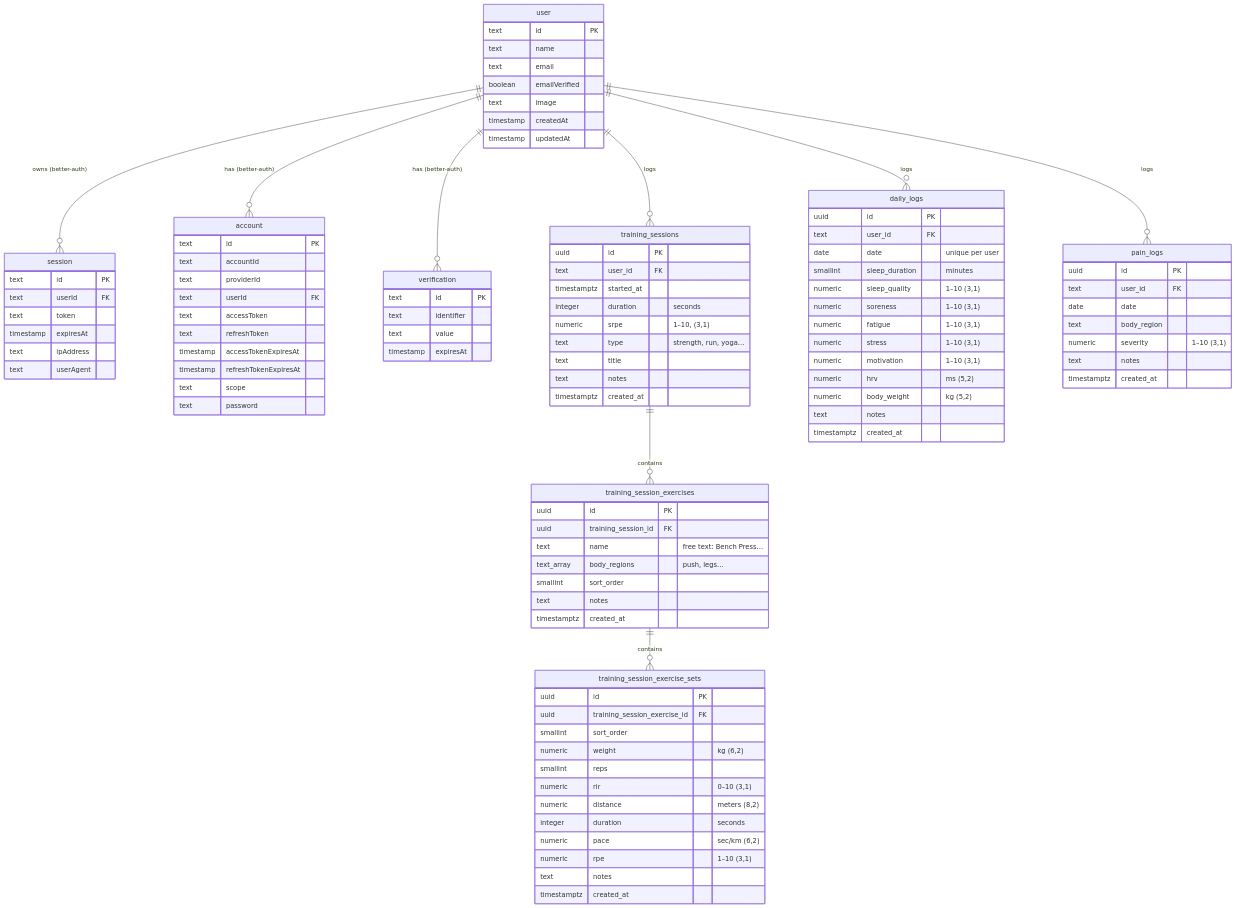
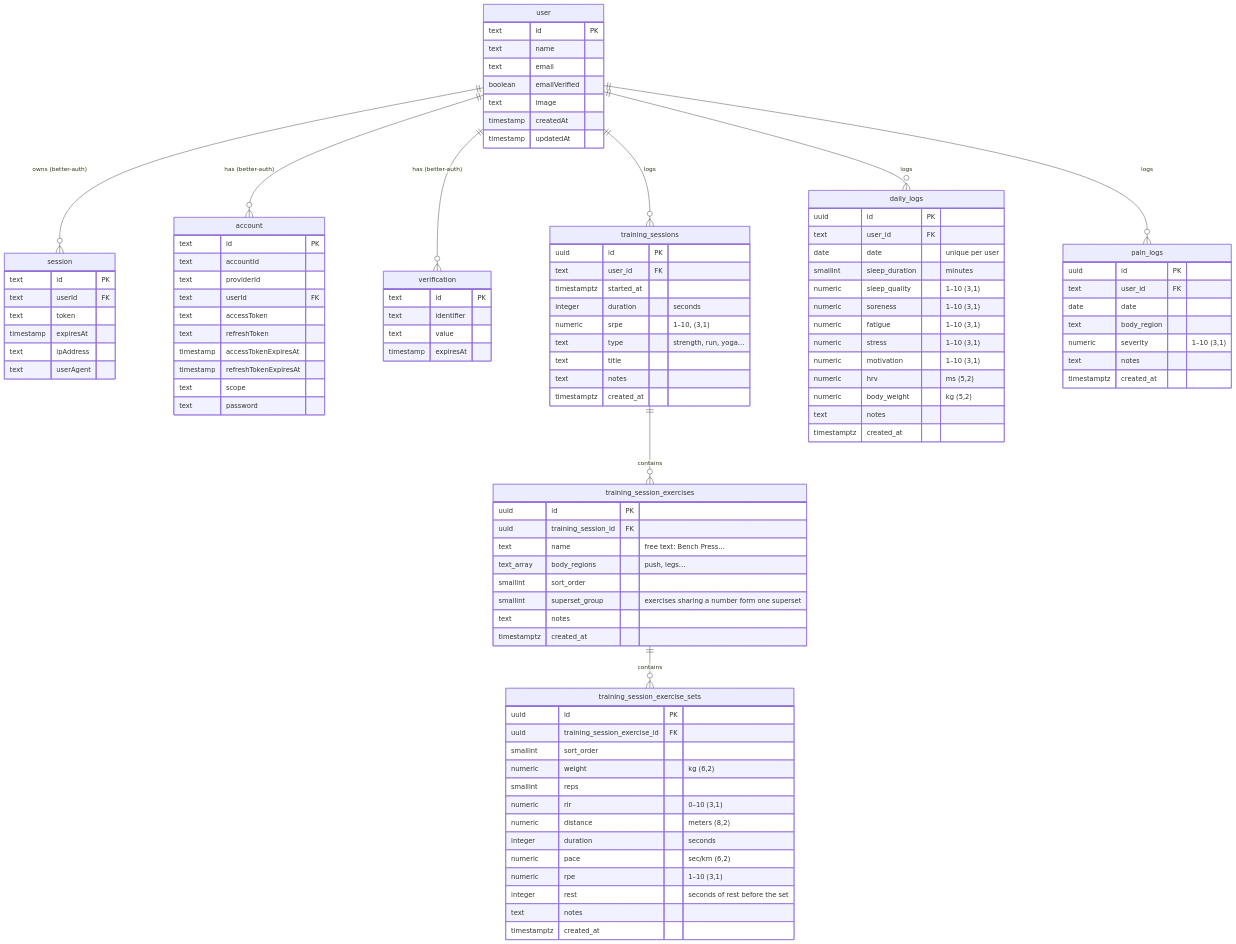
The diagram in docs/erd.md (stuurlau/wot), drawn with Mermaid before and after one commit. The commit also changed 21 other files, not shown here.

```diff
--- a/docs/erd.md
+++ b/docs/erd.md
@@ -71,6 +71,7 @@
         text name "free text: Bench Press…"
         text_array body_regions "push, legs…"
         smallint sort_order
+        smallint superset_group "exercises sharing a number form one superset"
         text notes
         timestamptz created_at
     }
@@ -86,6 +87,7 @@
         integer duration "seconds"
         numeric pace "sec/km (6,2)"
         numeric rpe "1–10 (3,1)"
+        integer rest "seconds of rest before the set"
         text notes
         timestamptz created_at
     }
```
